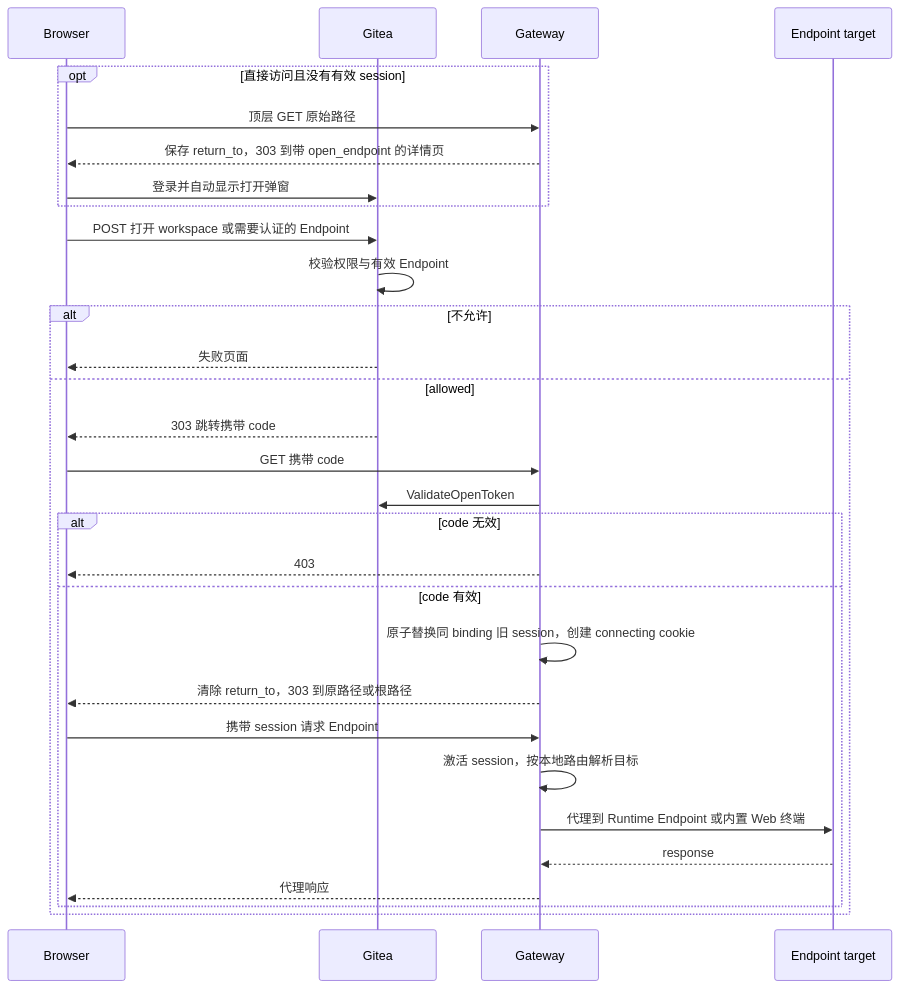
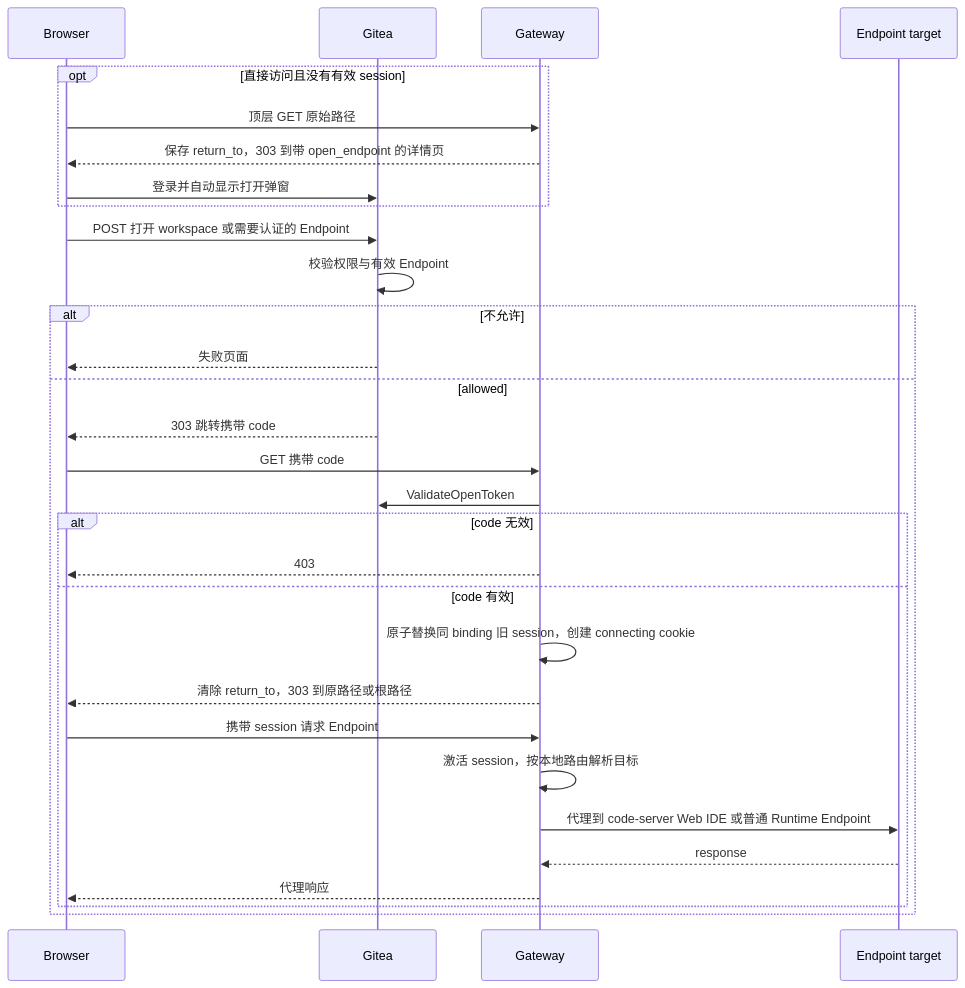
One commit to ExplodingDragon/gitea-dev changed the second of 4 diagrams in src/manager-gateway.md. Above: the diagram before and after it, drawn with Mermaid. The commit also changed other lines of this file and 11 other files, not shown here.

Commit message:
docs(codespace): align Dev Container Web IDE design

````diff
--- a/src/manager-gateway.md
+++ b/src/manager-gateway.md
@@ -1036,33 +1024,33 @@
 ```mermaid
 sequenceDiagram
     participant U as Browser
     participant G as Gitea
     participant W as Gateway
     participant T as Endpoint target
 
     opt 直接访问且没有有效 session
         U->>W: 顶层 GET 原始路径
         W-->>U: 保存 return_to，303 到带 open_endpoint 的详情页
         U->>G: 登录并自动显示打开弹窗
     end
     U->>G: POST 打开 workspace 或需要认证的 Endpoint
     G->>G: 校验权限与有效 Endpoint
     alt 不允许
         G-->>U: 失败页面
     else allowed
         G-->>U: 303 跳转携带 code
         U->>W: GET 携带 code
         W->>G: ValidateOpenToken
         alt code 无效
             W-->>U: 403
         else code 有效
             W->>W: 原子替换同 binding 旧 session，创建 connecting cookie
             W-->>U: 清除 return_to，303 到原路径或根路径
             U->>W: 携带 session 请求 Endpoint
             W->>W: 激活 session，按本地路由解析目标
-            W->>T: 代理到 Runtime Endpoint 或内置 Web 终端
+            W->>T: 代理到 code-server Web IDE 或普通 Runtime Endpoint
             T-->>W: response
             W-->>U: 代理响应
         end
     end
 ```
````
